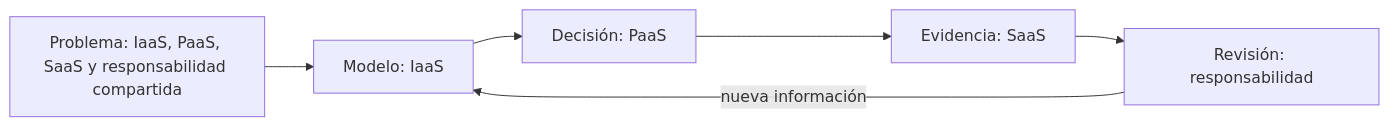
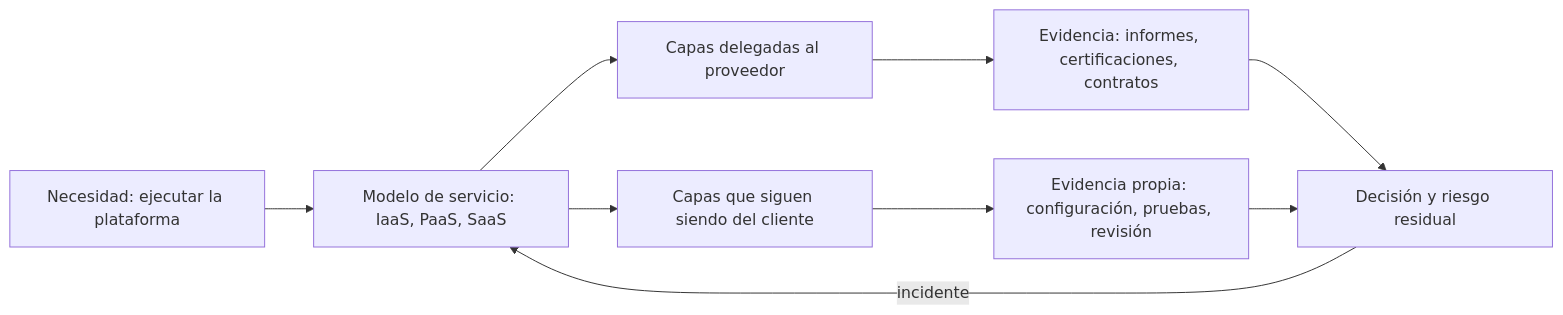
Before and after one commit to vladimiracunadev-create/modern-software-engineering-program: the diagram in classes/part-29-cloud-plataforma-e-infraestructura/se-349-iaas-paas-saas-y-responsabilidad-compartida/README.md, drawn with Mermaid. The commit also changed other lines of this file and 118 other files, not shown here.

````diff
--- a/classes/part-29-cloud-plataforma-e-infraestructura/se-349-iaas-paas-saas-y-responsabilidad-compartida/README.md
+++ b/classes/part-29-cloud-plataforma-e-infraestructura/se-349-iaas-paas-saas-y-responsabilidad-compartida/README.md
@@ -40,8 +54,11 @@
 ```mermaid
 flowchart LR
-    P["Problema: IaaS, PaaS, SaaS y responsabilidad compartida"] --> M["Modelo: IaaS"]
-    M --> D["Decisión: PaaS"]
-    D --> E["Evidencia: SaaS"]
-    E --> R["Revisión: responsabilidad"]
-    R -->|nueva información| M
+    A[Necesidad: ejecutar la plataforma] --> B[Modelo de servicio: IaaS, PaaS, SaaS]
+    B --> C[Capas delegadas al proveedor]
+    B --> D[Capas que siguen siendo del cliente]
+    C --> E[Evidencia: informes, certificaciones, contratos]
+    D --> F[Evidencia propia: configuración, pruebas, revisión]
+    E --> G[Decisión y riesgo residual]
+    F --> G
+    G -->|incidente| B
 ```
````
